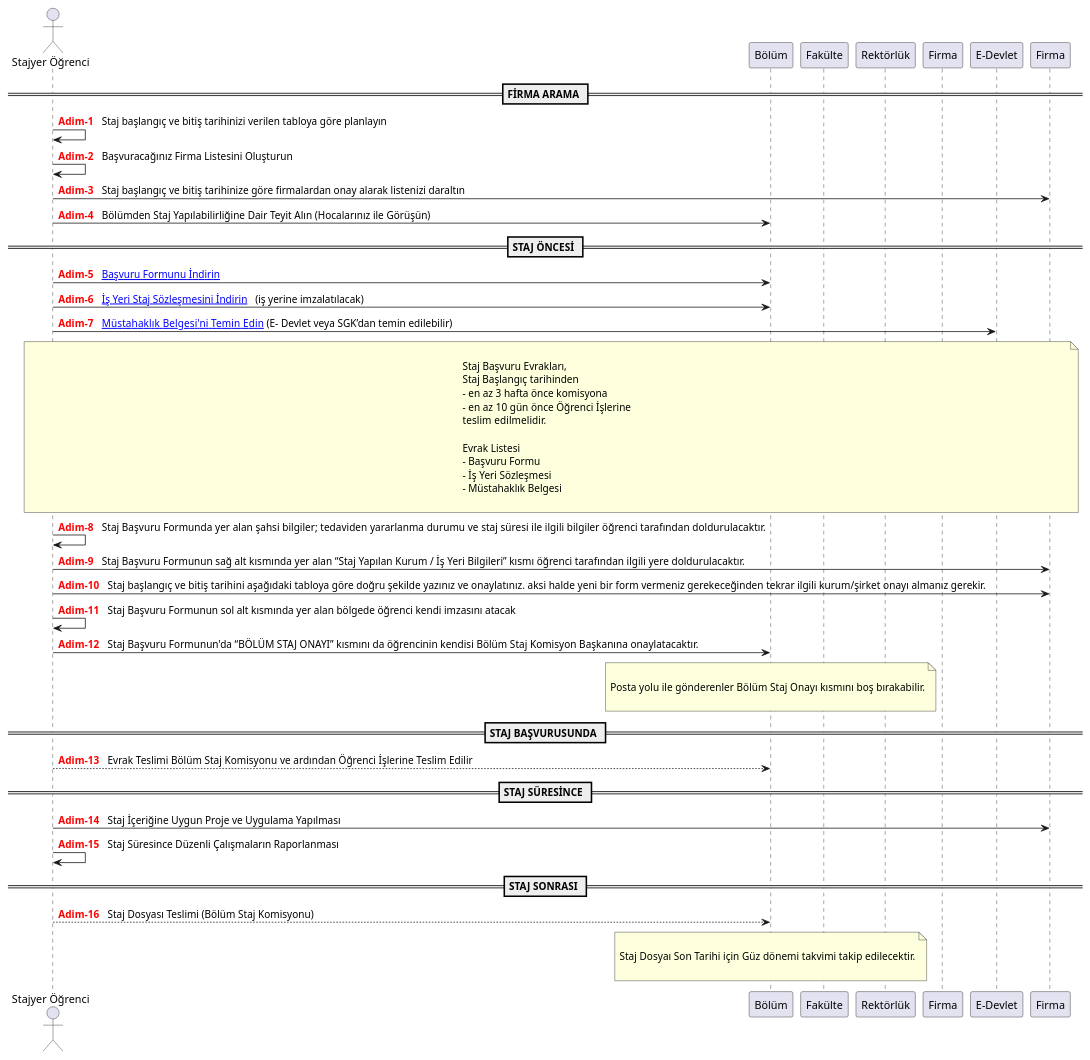
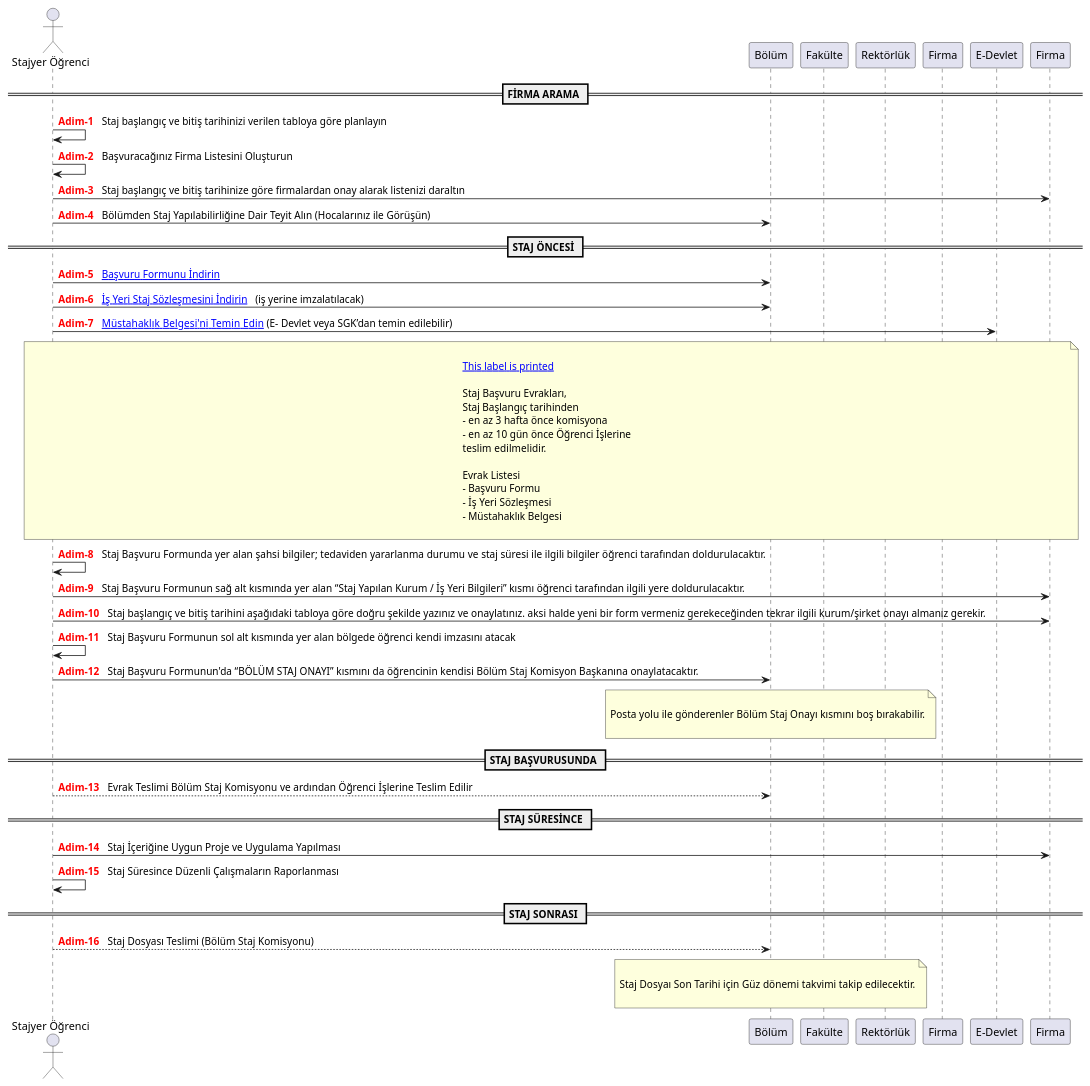
Before and after one commit to rteu-ceng/rteu-internship-guideline: the diagram in docs/internship/assets/internship-flowchart-extended.puml, drawn with PlantUML.

```diff
--- a/docs/internship/assets/internship-flowchart-extended.puml
+++ b/docs/internship/assets/internship-flowchart-extended.puml
@@ -1,80 +1,82 @@
 @startuml
 
 actor Student as "Stajyer Öğrenci"
 participant Department as "Bölüm"
 participant Faculty as "Fakülte"
 participant Rector as "Rektörlük"
 participant Company as "Firma"
 participant Government as "E-Devlet"
 
 autonumber 1 1 "<font color=red><b>Adim-0  "
 
 == FİRMA ARAMA == 
 
 Student -> Student : Staj başlangıç ve bitiş tarihinizi verilen tabloya göre planlayın
 
 Student -> Student : Başvuracağınız Firma Listesini Oluşturun
 
 Student -> Firma : Staj başlangıç ve bitiş tarihinize göre firmalardan onay alarak listenizi daraltın
 
 Student -> Department : Bölümden Staj Yapılabilirliğine Dair Teyit Alın (Hocalarınız ile Görüşün)
 
 == STAJ ÖNCESİ == 
 
 Student -> Department : [[http://bilgisayar.mmf.erdogan.edu.tr/tr/page/staj-islemleri/5497 {İndirmek için Tıklayın} Başvuru Formunu İndirin ]] 
 
 Student -> Department : [[https://mmf.erdogan.edu.tr/Files/ckFiles/muhendislik-erdogan-edu-tr/M%C3%BChendislik%20Fak%C3%BCltesi%20%C4%B0%C5%9F%20yeri%20Staj%20S%C3%B6zle%C5%9Fmesi.pdf {İndirmek için Tıklayın} İş Yeri Staj Sözleşmesini İndirin ]]  (iş yerine imzalatılacak)
 
 Student -> Government :  [[https://www.turkiye.gov.tr/spas-mustahaklik-sorgulama Müstahaklık  Belgesi'ni Temin Edin]] (E- Devlet veya SGK’dan temin edilebilir)
 
 note across
+
+[[https://ekampus.erdogan.edu.tr/welcome This label is printed]]
 
 Staj Başvuru Evrakları, 
 Staj Başlangıç tarihinden  
 - en az 3 hafta önce komisyona
 - en az 10 gün önce Öğrenci İşlerine 
 teslim edilmelidir.
 
 Evrak Listesi
 - Başvuru Formu
 - İş Yeri Sözleşmesi
 - Müstahaklık Belgesi
 
 end note
 
 Student -> Student : Staj Başvuru Formunda yer alan şahsi bilgiler; tedaviden yararlanma  durumu ve staj süresi ile ilgili bilgiler öğrenci tarafından doldurulacaktır.
 
 Student -> Firma : Staj Başvuru Formunun sağ alt kısmında yer alan “Staj Yapılan Kurum / İş Yeri Bilgileri” kısmı öğrenci tarafından ilgili yere doldurulacaktır.
 
 Student -> Firma : Staj başlangıç ve bitiş tarihini aşağıdaki tabloya  göre doğru şekilde yazınız ve onaylatınız. aksi halde yeni bir form vermeniz gerekeceğinden tekrar ilgili kurum/şirket onayı almanız gerekir.
 
 Student -> Student : Staj Başvuru Formunun sol alt kısmında yer alan bölgede öğrenci kendi imzasını atacak
 
 Student -> Department : Staj Başvuru Formunun'da “BÖLÜM STAJ ONAYI” kısmını da öğrencinin kendisi Bölüm Staj Komisyon Başkanına onaylatacaktır.
 
 note over Department
 
 Posta yolu ile gönderenler Bölüm Staj Onayı kısmını boş bırakabilir.
 
 end note 
 
 == STAJ BAŞVURUSUNDA ==
 
 Student --> Department : Evrak Teslimi Bölüm Staj Komisyonu ve ardından Öğrenci İşlerine Teslim Edilir
 
 == STAJ SÜRESİNCE ==
 
 Student -> Firma : Staj İçeriğine Uygun Proje ve Uygulama Yapılması
 
 Student -> Student : Staj Süresince Düzenli Çalışmaların Raporlanması
 
 == STAJ SONRASI == 
 
 Student --> Department : Staj Dosyası Teslimi (Bölüm Staj Komisyonu)
 
 note over Department
 
 Staj Dosyaı Son Tarihi için Güz dönemi takvimi takip edilecektir.
 
 end note
 @enduml
```
